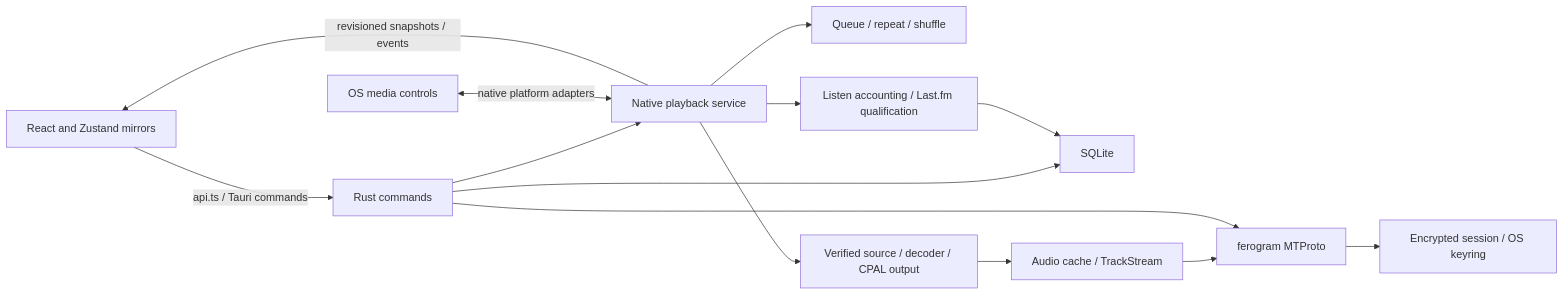
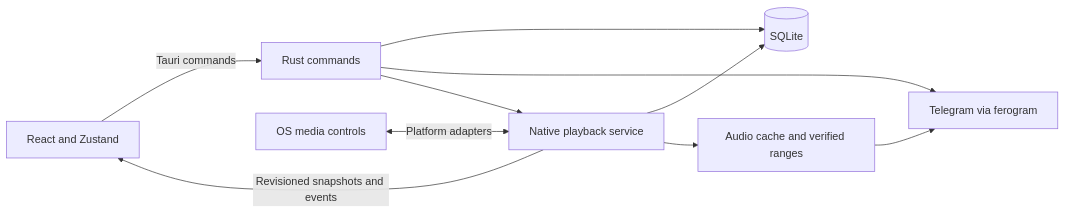
The diagram in docs/architecture.md (rastuhacode/soundgrammy), drawn with Mermaid before and after one commit. The commit also changed other lines of this file and 13 other files, not shown here.

````diff
--- a/docs/architecture.md
+++ b/docs/architecture.md
@@ -5,16 +5,12 @@
 ```mermaid
 flowchart LR
-  UI[React and Zustand mirrors] -->|api.ts / Tauri commands| Cmds[Rust commands]
-  Cmds --> Player[Native playback service]
-  Player -->|revisioned snapshots / events| UI
-  OS[OS media controls] <-->|native platform adapters| Player
-  Player --> Queue[Queue / repeat / shuffle]
-  Player --> Audio[Verified source / decoder / CPAL output]
-  Player --> Activity[Listen accounting / Last.fm qualification]
-  Cmds --> Db[SQLite]
-  Activity --> Db
-  Audio --> Cache[Audio cache / TrackStream]
-  Cache --> Tg[ferogram MTProto]
-  Cmds --> Tg
-  Tg --> Session[Encrypted session / OS keyring]
+  UI[React and Zustand] -->|Tauri commands| Rust[Rust commands]
+  Rust --> DB[(SQLite)]
+  Rust --> TG[Telegram via ferogram]
+  Rust --> Player[Native playback service]
+  Player -->|Revisioned snapshots and events| UI
+  OS[OS media controls] <-->|Platform adapters| Player
+  Player --> DB
+  Player --> Cache[Audio cache and verified ranges]
+  Cache --> TG
 ```
````
